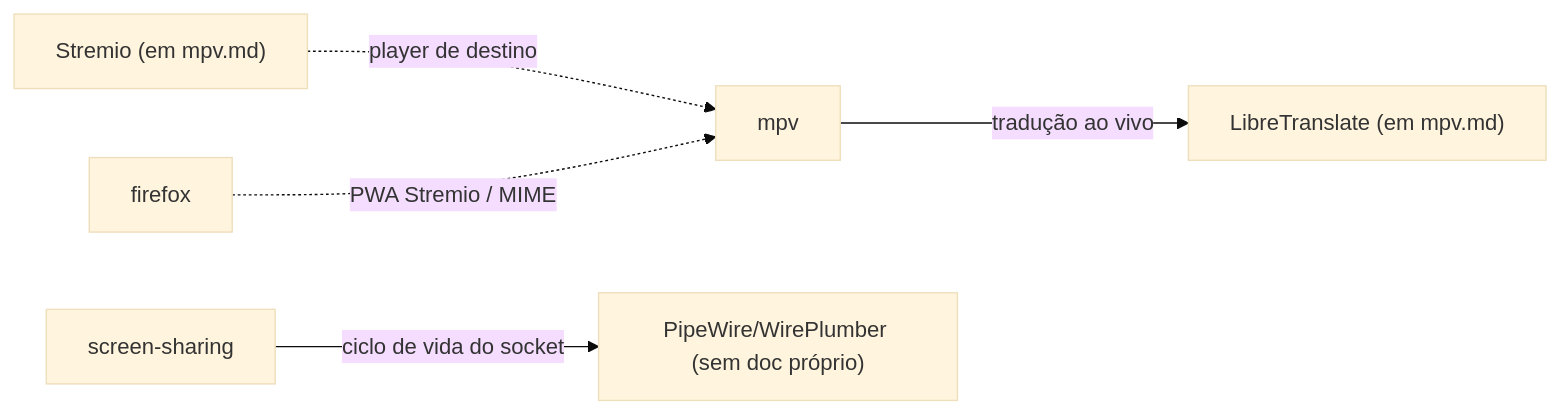
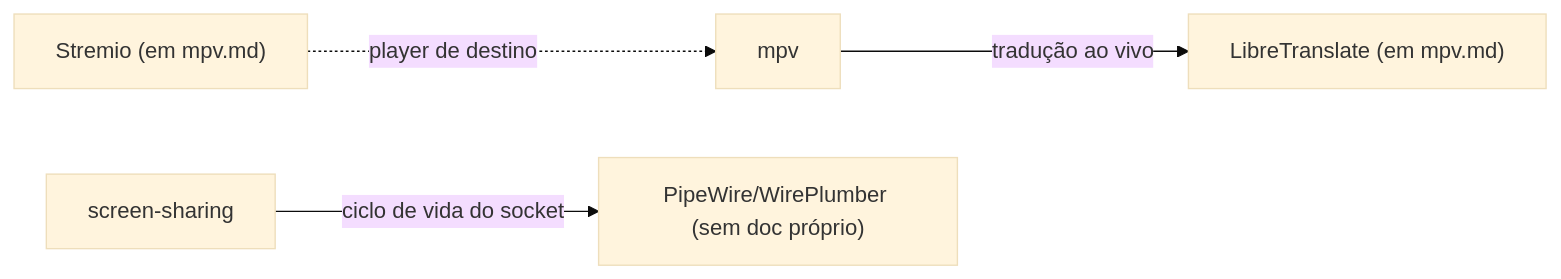
The diagram in .agents/knowledge/_index.md (aliceComH/nixos), drawn with Mermaid (base theme) before and after one commit. The commit also changed other lines of this file and 19 other files, not shown here.

````diff
--- a/.agents/knowledge/_index.md
+++ b/.agents/knowledge/_index.md
@@ -24,14 +23,12 @@
 ```mermaid
 graph LR
     mpv["mpv"]
     libretranslate["LibreTranslate (em mpv.md)"]
     stremio["Stremio (em mpv.md)"]
     screenSharing["screen-sharing"]
     pipewire["PipeWire/WirePlumber (sem doc próprio)"]
-    firefox["firefox"]
 
     mpv -->|"tradução ao vivo"| libretranslate
     stremio -.->|"player de destino"| mpv
     screenSharing -->|"ciclo de vida do socket"| pipewire
-    firefox -.->|"PWA Stremio / MIME"| mpv
 ```
````
